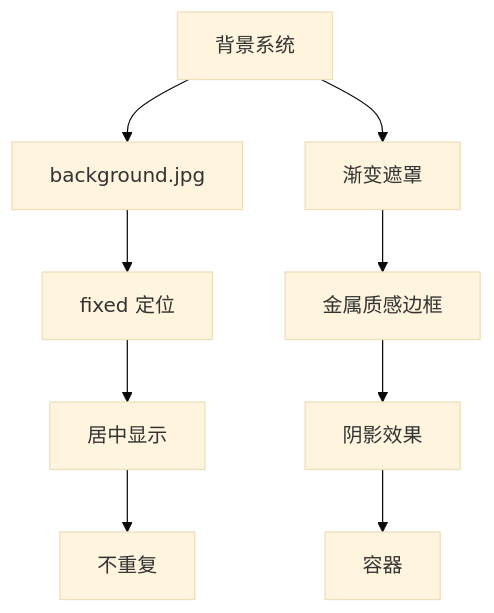
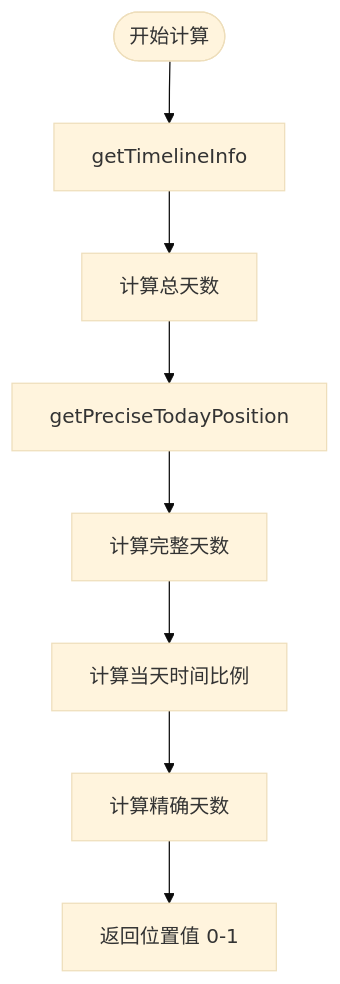
Before and after one commit to xuanyulingnfeg/gameCalendar: the fifth of 10 diagrams in .qoder/repowiki/zh/content/核心组件/GameCalendar 主容器组件.md, drawn with Mermaid (base theme). The commit also changed other lines of this file and 5 other files, not shown here.

````diff
--- a/.qoder/repowiki/zh/content/核心组件/GameCalendar 主容器组件.md
+++ b/.qoder/repowiki/zh/content/核心组件/GameCalendar 主容器组件.md
@@ -216,11 +240,10 @@
 ```mermaid
 flowchart TD
-Background[背景系统] --> BackgroundImage[background.jpg]
-BackgroundImage --> FixedPosition[fixed 定位]
-FixedPosition --> CenterCenter[居中显示]
-CenterCenter --> NoRepeat[不重复]
-Background --> GradientOverlay[渐变遮罩]
-GradientOverlay --> MetalBorder[金属质感边框]
-MetalBorder --> ShadowEffect[阴影效果]
-ShadowEffect --> Container[容器]
+Start([开始计算]) --> GetTimelineInfo[getTimelineInfo]
+GetTimelineInfo --> CalculateTotalDays[计算总天数]
+CalculateTotalDays --> GetPreciseTodayPosition[getPreciseTodayPosition]
+GetPreciseTodayPosition --> CalculateFullDays[计算完整天数]
+CalculateFullDays --> CalculateDayFraction[计算当天时间比例]
+CalculateDayFraction --> CalculatePreciseDays[计算精确天数]
+CalculatePreciseDays --> ReturnPosition[返回位置值 0-1]
 ```
````
